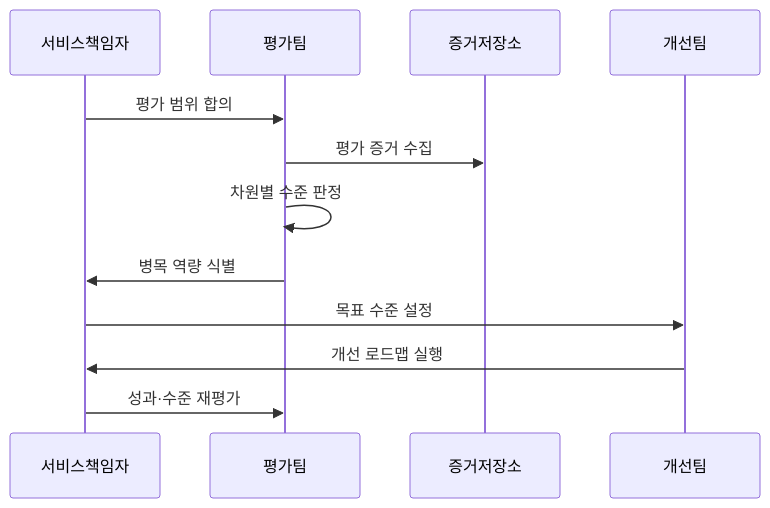
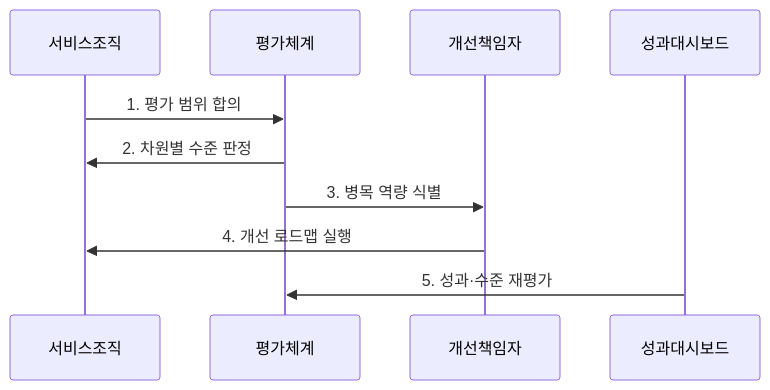
Before and after one commit to agnusdei1207/knowledge-base: the second of 2 diagrams in src/content/docs/notes/03-software/229_digital_service_maturity_model.md, drawn with Mermaid. The commit also changed other lines of this file and 20 other files, not shown here.

````diff
--- a/src/content/docs/notes/03-software/229_digital_service_maturity_model.md
+++ b/src/content/docs/notes/03-software/229_digital_service_maturity_model.md
@@ -78,14 +81,12 @@
 ```mermaid
 sequenceDiagram
-    participant 서비스책임자
-    participant 평가팀
-    participant 증거저장소
-    participant 개선팀
-    서비스책임자->>평가팀: 평가 범위 합의
-    평가팀->>증거저장소: 평가 증거 수집
-    평가팀->>평가팀: 차원별 수준 판정
-    평가팀->>서비스책임자: 병목 역량 식별
-    서비스책임자->>개선팀: 목표 수준 설정
-    개선팀->>서비스책임자: 개선 로드맵 실행
-    서비스책임자->>평가팀: 성과·수준 재평가
+    participant 서비스조직
+    participant 평가체계
+    participant 개선책임자
+    participant 성과대시보드
+    서비스조직->>평가체계: 1. 평가 범위 합의
+    평가체계->>서비스조직: 2. 차원별 수준 판정
+    평가체계->>개선책임자: 3. 병목 역량 식별
+    개선책임자->>서비스조직: 4. 개선 로드맵 실행
+    성과대시보드->>평가체계: 5. 성과·수준 재평가
 ```
````
